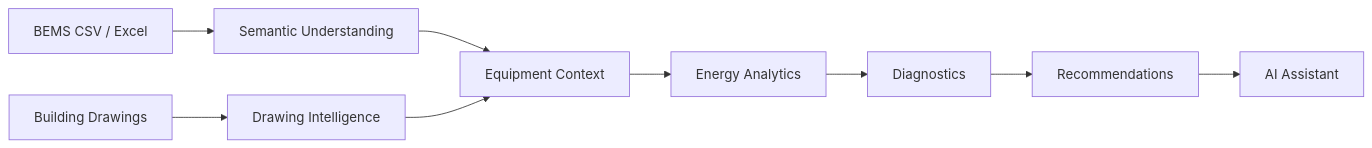
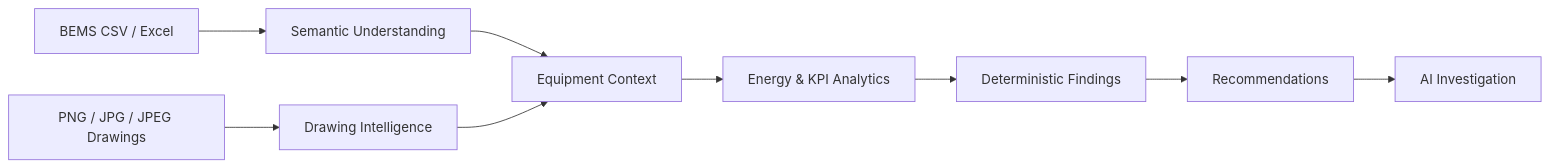
One commit to KaedeharaT/hvac-ai-analyzer changed the first of 3 diagrams in README.md. Above: the diagram before and after it, drawn with Mermaid. The commit also changed other lines of this file and 10 other files, not shown here.

````diff
--- a/README.md
+++ b/README.md
@@ -41,11 +21,11 @@
 ```mermaid
 flowchart LR
-    A[BEMS CSV / Excel] --> B[Semantic Understanding]
-    D[Building Drawings] --> E[Drawing Intelligence]
-    B --> C[Equipment Context]
-    E --> C
-    C --> F[Energy Analytics]
-    F --> G[Diagnostics]
-    G --> H[Recommendations]
-    H --> I[AI Assistant]
+    B[BEMS CSV / Excel] --> S[Semantic Understanding]
+    D[PNG / JPG / JPEG Drawings] --> V[Drawing Intelligence]
+    S --> E[Equipment Context]
+    V --> E
+    E --> A[Energy & KPI Analytics]
+    A --> F[Deterministic Findings]
+    F --> R[Recommendations]
+    R --> I[AI Investigation]
 ```
````
